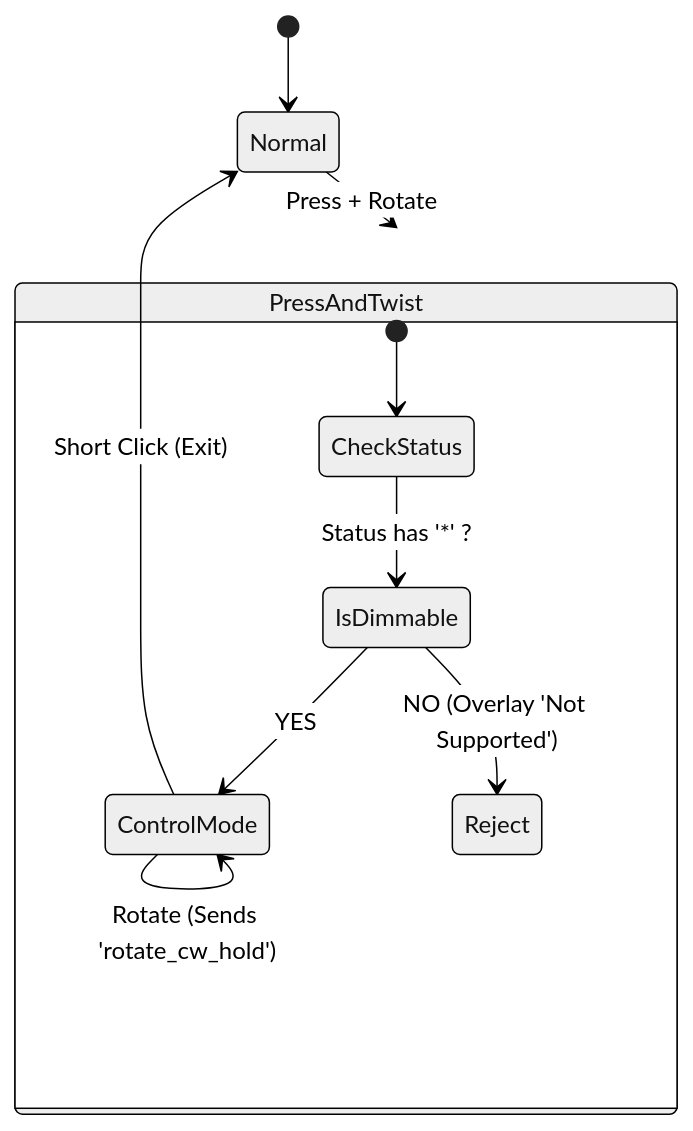
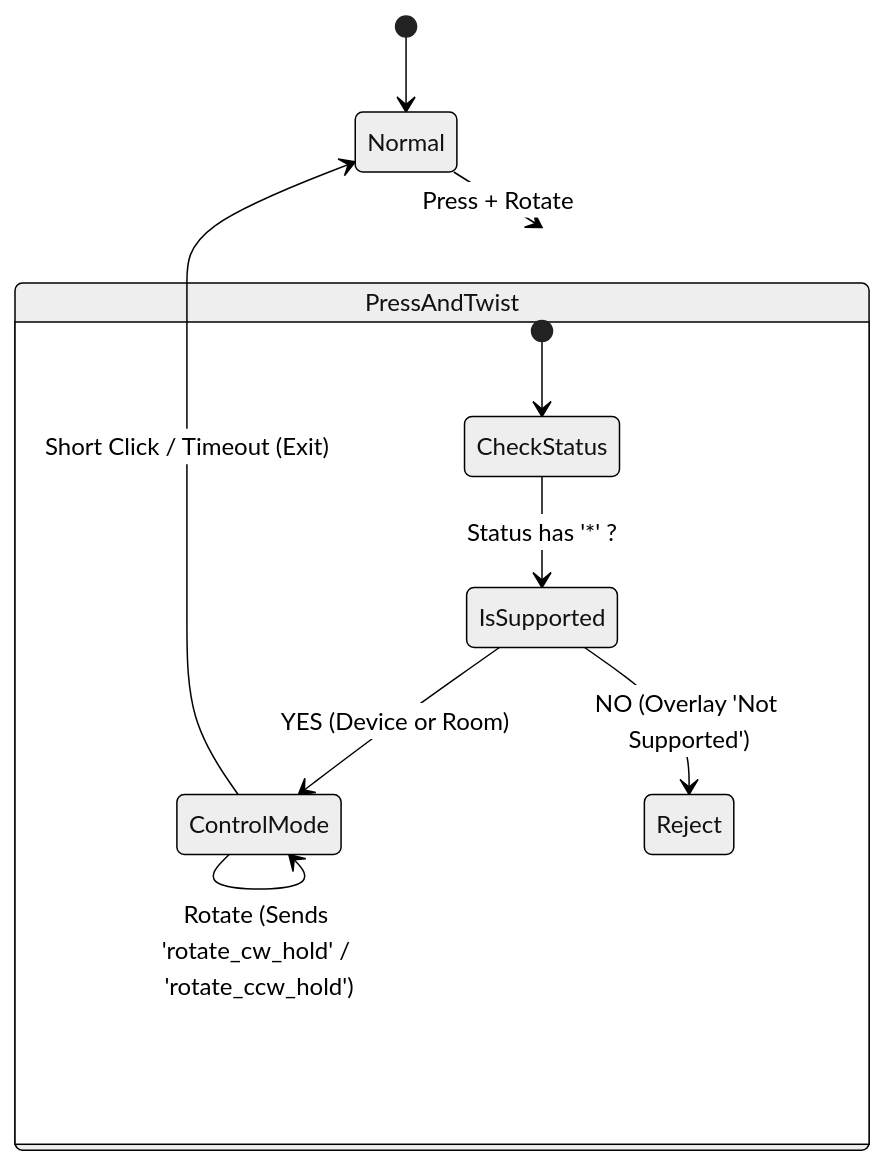
Before and after one commit to orkanm/HARem: the third of 5 diagrams in docs/behavior_map.md, drawn with Mermaid (neutral theme). The commit also changed other lines of this file and 4 other files, not shown here.

Commit message:
feat: Add Press & Twist bulk room power control with confirmation prompt

````diff
--- a/docs/behavior_map.md
+++ b/docs/behavior_map.md
@@ -85,16 +90,16 @@
 ```mermaid
 stateDiagram-v2
     [*] --> Normal
     Normal --> PressAndTwist : Press + Rotate
     
     state PressAndTwist {
         direction LR
         [*] --> CheckStatus
-        CheckStatus --> IsDimmable : Status has '*' ?
-        IsDimmable --> ControlMode : YES
-        IsDimmable --> Reject : NO (Overlay 'Not Supported')
+        CheckStatus --> IsSupported : Status has '*' ?
+        IsSupported --> ControlMode : YES (Device or Room)
+        IsSupported --> Reject : NO (Overlay 'Not Supported')
     }
     
-    ControlMode --> ControlMode : Rotate (Sends 'rotate_cw_hold')
-    ControlMode --> Normal : Short Click (Exit)
+    ControlMode --> ControlMode : Rotate (Sends 'rotate_cw_hold' / 'rotate_ccw_hold')
+    ControlMode --> Normal : Short Click / Timeout (Exit)
 ```
````
